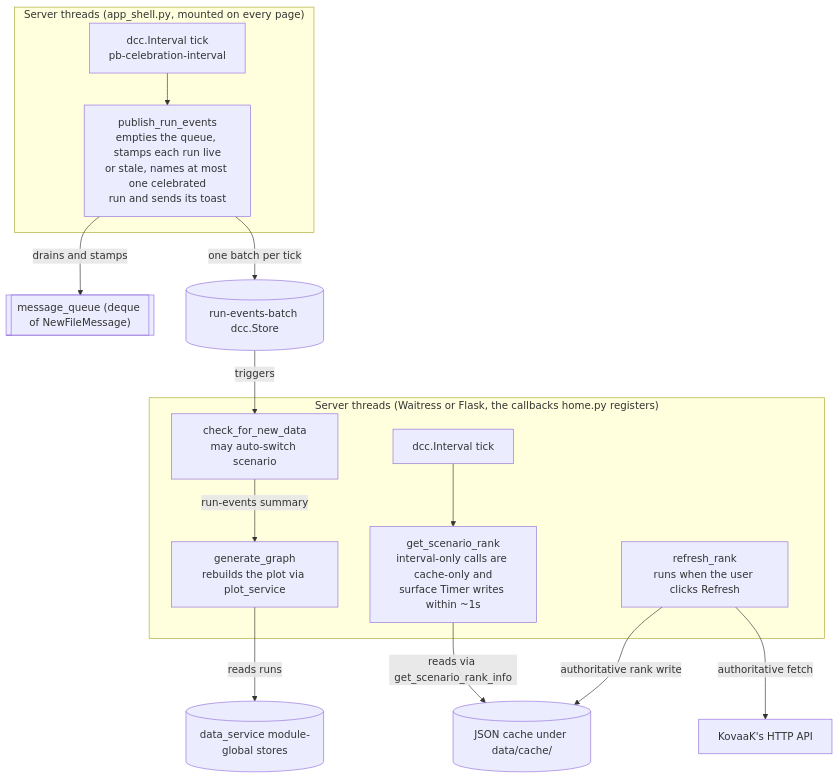
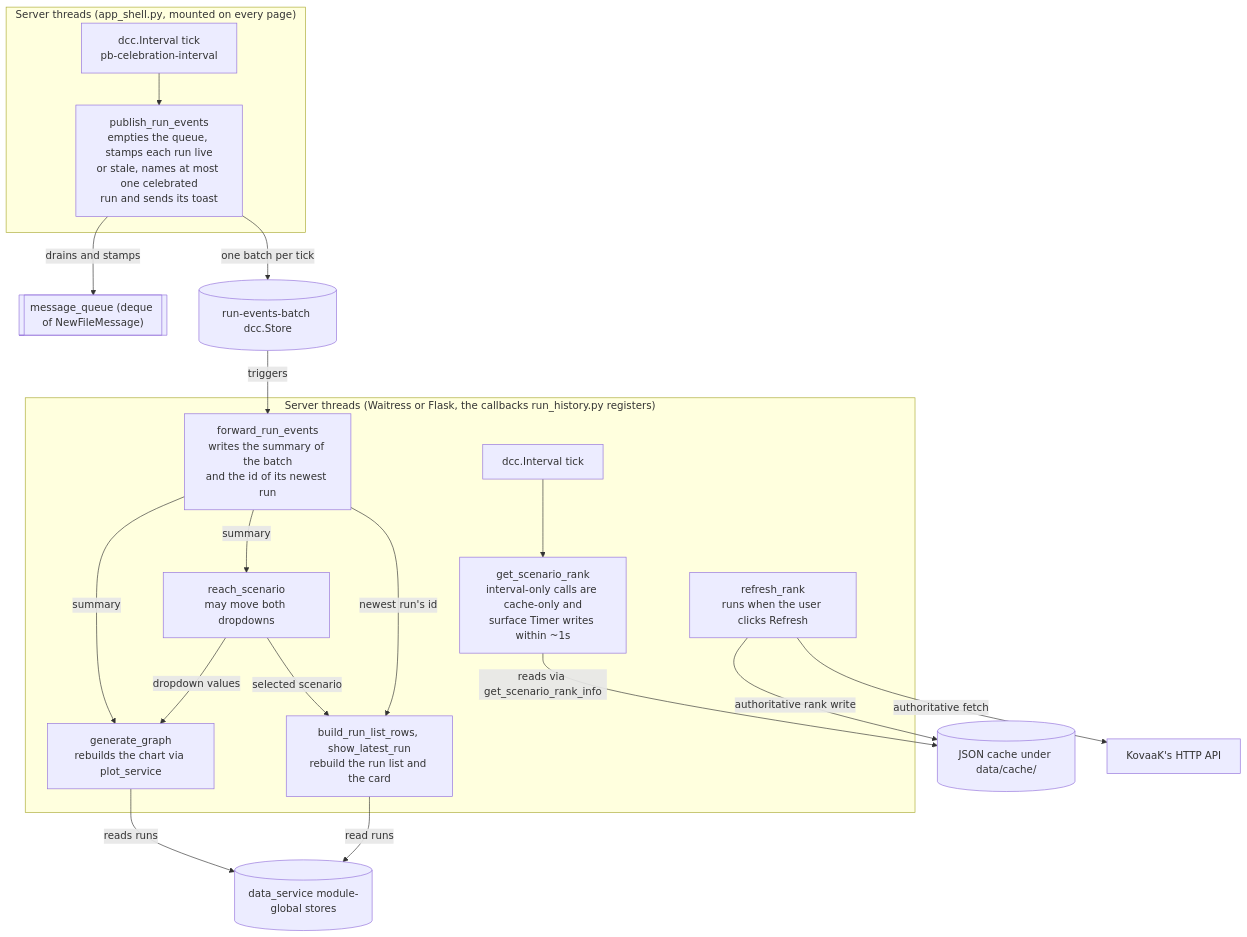
One commit to MingoDynasty/Corporate-Serf-Dashboard changed the second of 3 diagrams in docs/architecture.md. Above: the diagram before and after it, drawn with Mermaid. The commit also changed other lines of this file and 40 other files, not shown here.

First line of the commit message:
docs: ship the Run History page proposal

````diff
--- a/docs/architecture.md
+++ b/docs/architecture.md
@@ -74,32 +74,39 @@
 ```mermaid
 flowchart TD
     subgraph Shell["Server threads (app_shell.py, mounted on every page)"]
         ShellTick["dcc.Interval tick<br/>pb-celebration-interval"]
         Drain["publish_run_events<br/>empties the queue, stamps each run live<br/>or stale, names at most one celebrated<br/>run and sends its toast"]
         ShellTick --> Drain
     end
 
-    subgraph Server["Server threads (Waitress or Flask, the callbacks home.py registers)"]
+    subgraph Server["Server threads (Waitress or Flask, the callbacks run_history.py registers)"]
         Tick["dcc.Interval tick"]
-        Check["check_for_new_data<br/>may auto-switch scenario"]
-        Graph["generate_graph<br/>rebuilds the plot via plot_service"]
+        Forward["forward_run_events<br/>writes the summary of the batch<br/>and the id of its newest run"]
+        Reach["reach_scenario<br/>may move both dropdowns"]
+        Graph["generate_graph<br/>rebuilds the chart via plot_service"]
+        Views["build_run_list_rows, show_latest_run<br/>rebuild the run list and the card"]
         Rank["get_scenario_rank<br/>interval-only calls are cache-only and<br/>surface Timer writes within ~1s"]
         Refresh["refresh_rank<br/>runs when the user clicks Refresh"]
-        Check -->|"run-events summary"| Graph
+        Forward -->|"summary"| Reach
+        Forward -->|"summary"| Graph
+        Reach -->|"dropdown values"| Graph
+        Reach -->|"selected scenario"| Views
+        Forward -->|"newest run's id"| Views
         Tick --> Rank
     end
 
     Queue[["message_queue (deque of NewFileMessage)"]]
     Batch[("run-events-batch dcc.Store")]
     Stores[("data_service module-global stores")]
     Cache[("JSON cache under data/cache/")]
     API["KovaaK's HTTP API"]
 
     Drain -->|"drains and stamps"| Queue
     Drain -->|"one batch per tick"| Batch
-    Batch -->|"triggers"| Check
+    Batch -->|"triggers"| Forward
     Graph -->|"reads runs"| Stores
+    Views -->|"read runs"| Stores
     Rank -->|"reads via get_scenario_rank_info"| Cache
     Refresh -->|"authoritative fetch"| API
     Refresh -->|"authoritative rank write"| Cache
 ```
````
